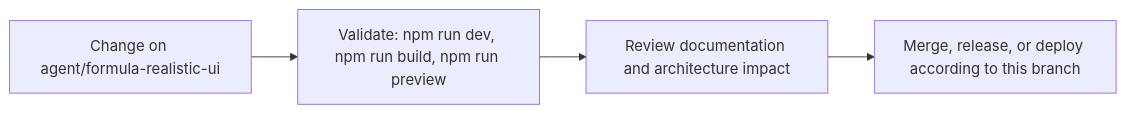
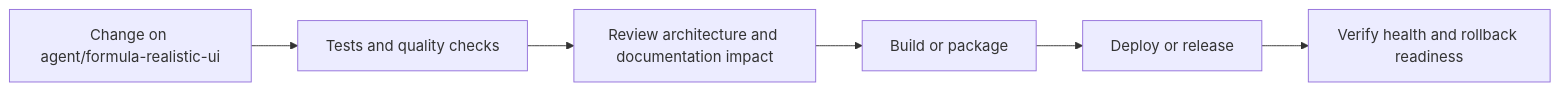
One commit to Nischhalsubba/Napiyo changed the fourth of 5 diagrams in README.md. Above: the diagram before and after it, drawn with Mermaid. The commit also changed other lines of this file, not shown here.

````diff
--- a/README.md
+++ b/README.md
@@ -70,8 +148,8 @@
 ```mermaid
 flowchart LR
-    CHANGE["Change on agent/formula-realistic-ui"]
-    CHECK["Validate: npm run dev, npm run build, npm run preview"]
-    REVIEW["Review documentation and architecture impact"]
-    RELEASE["Merge, release, or deploy according to this branch"]
-    CHANGE --> CHECK --> REVIEW --> RELEASE
+    CHANGE["Change on agent/formula-realistic-ui"] --> CHECK["Tests and quality checks"]
+    CHECK --> REVIEW["Review architecture and documentation impact"]
+    REVIEW --> BUILD["Build or package"]
+    BUILD --> DEPLOY["Deploy or release"]
+    DEPLOY --> VERIFY["Verify health and rollback readiness"]
 ```
````
